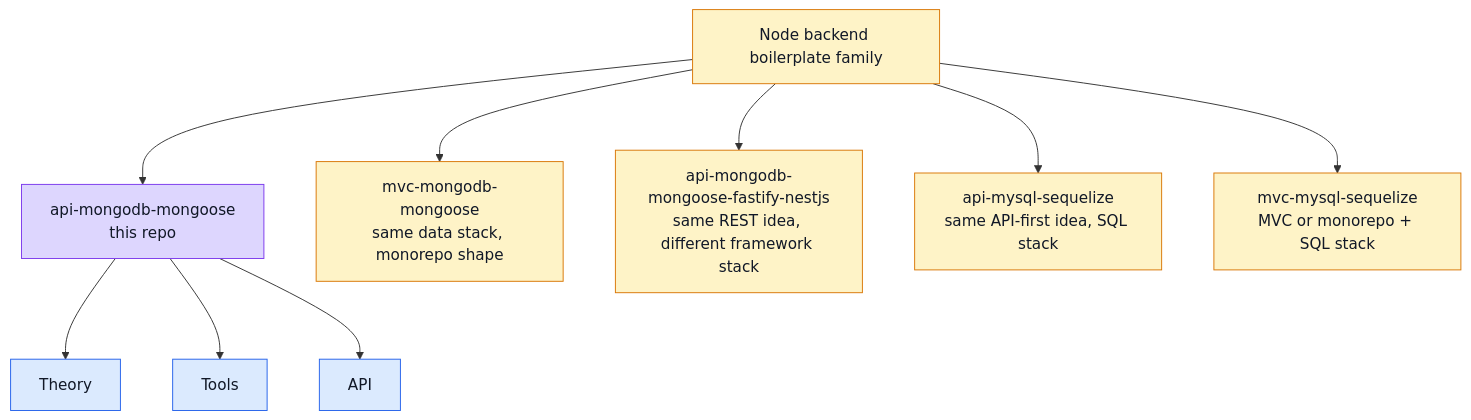
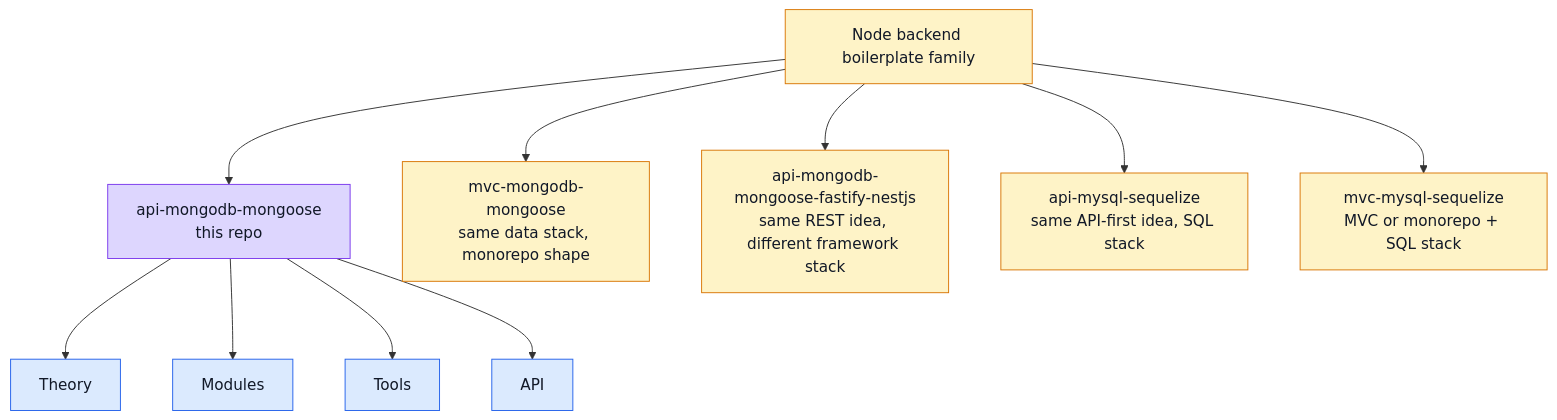
One commit to Guebbit/boilerplate-node-backend changed the first of 2 diagrams in docs/index.md. Above: the diagram before and after it, drawn with Mermaid. The commit also changed other lines of this file and 36 other files, not shown here.

````diff
--- a/docs/index.md
+++ b/docs/index.md
@@ -40,20 +43,21 @@
 ```mermaid
 %%{init: {'flowchart': {'nodeSpacing': 55, 'rankSpacing': 70}}}%%
 flowchart TD
     A[Node backend boilerplate family] --> B[api-mongodb-mongoose\nthis repo]
     A --> C[mvc-mongodb-mongoose\nsame data stack, monorepo shape]
     A --> D[api-mongodb-mongoose-fastify-nestjs\nsame REST idea, different framework stack]
     A --> E[api-mysql-sequelize\nsame API-first idea, SQL stack]
     A --> F[mvc-mysql-sequelize\nMVC or monorepo + SQL stack]
 
     B --> T[Theory]
+    B --> M[Modules]
     B --> U[Tools]
     B --> V[API]
 
     classDef family fill:#fef3c7,stroke:#d97706,color:#111827;
     classDef current fill:#ddd6fe,stroke:#7c3aed,color:#111827;
     classDef docs fill:#dbeafe,stroke:#2563eb,color:#111827;
     class A,C,D,E,F family;
     class B current;
-    class T,U,V docs;
+    class T,M,U,V docs;
 ```
````
